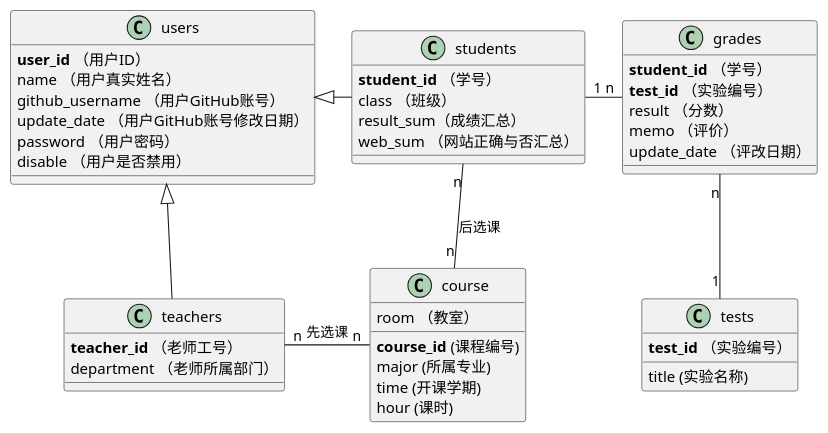
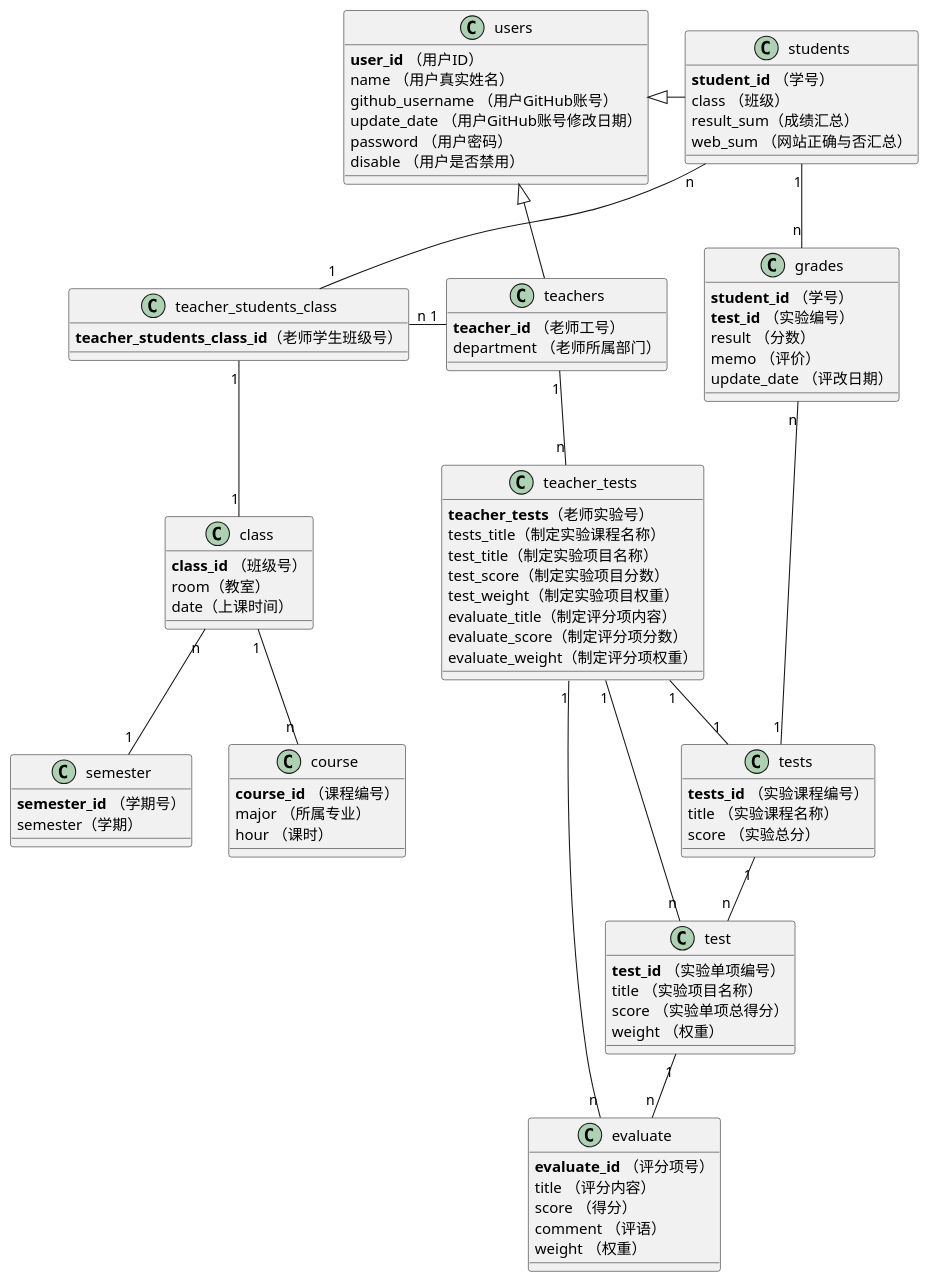
The diagram in test6/src/Class.puml (Neddy1995/is_analysis), drawn with PlantUML before and after one commit. The commit also changed 30 other files, not shown here.

```diff
--- a/test6/src/Class.puml
+++ b/test6/src/Class.puml
@@ -1,47 +1,100 @@
 @startuml
 class users {
     <b>user_id</b> （用户ID）
     name （用户真实姓名）
     github_username （用户GitHub账号）
     update_date （用户GitHub账号修改日期）
     password （用户密码）
     disable （用户是否禁用）
 }
 class teachers{
     <b>teacher_id</b> （老师工号）
     department （老师所属部门）
 }
 class students{
     <b>student_id</b> （学号）
     class （班级）
     result_sum（成绩汇总）
     web_sum （网站正确与否汇总）
 }
-users <|- students
-users <|-- teachers
 
-class course {
-    <b>course_id</b> (课程编号)
-    major (所属专业)
-    time (开课学期)
-    hour (课时)
-    room （教室）
+class class{
+    <b>class_id</b> （班级号）
+    room（教室）
+    date（上课时间）
 }
-students "n" --down "n"  course:后选课
-teachers "n" --right "n"  course:先选课
+class teacher_students_class{
+    <b>teacher_students_class_id</b>（老师学生班级号）
+}
+
+class semester{
+    <b>semester_id</b> （学期号）
+    semester（学期）
+}
+
+class course{
+    <b>course_id</b> （课程编号）
+    major （所属专业）
+    hour （课时）
+}
+
 class grades {
     <b>student_id</b> （学号）
     <b>test_id</b> （实验编号）
     result （分数）
     memo （评价）
     update_date （评改日期）
 }
 
 class tests {
-    <b>test_id</b> （实验编号）
-    title (实验名称)
+    <b>tests_id</b> （实验课程编号）
+    title （实验课程名称）
+    score （实验总分）
+}
+class teacher_tests{
+    <b>teacher_tests</b>（老师实验号）
+    tests_title（制定实验课程名称）
+    test_title（制定实验项目名称）
+    test_score（制定实验项目分数）
+    test_weight（制定实验项目权重）
+    evaluate_title（制定评分项内容）
+    evaluate_score（制定评分项分数）
+    evaluate_weight（制定评分项权重）
+
 }
 
+class test {
+    <b>test_id</b> （实验单项编号）
+    title （实验项目名称）
+    score （实验单项总得分）
+    weight （权重）
+}
+class evaluate{
+    <b>evaluate_id</b> （评分项号）
+    title （评分内容）
+    score （得分）
+    comment （评语）
+    weight （权重）
+}
+
+users <|- students
+users <|-- teachers
+
+teachers "1"--left"n" teacher_students_class
+teacher_students_class "1"--"1" class
+students "n" --down "1" teacher_students_class
+class "1"--down "n"course
+class "n"--"1" semester
+
+
+teachers "1"--"n" teacher_tests
+teacher_tests "1"--"1" tests
+teacher_tests "1"--"n" test
+teacher_tests "1"--"n" evaluate
+
+
+tests "1" -- "n" test
+test "1"-- "n" evaluate
 students "1" --right "n"  grades
 tests "1" --up "n" grades
 @enduml
```
